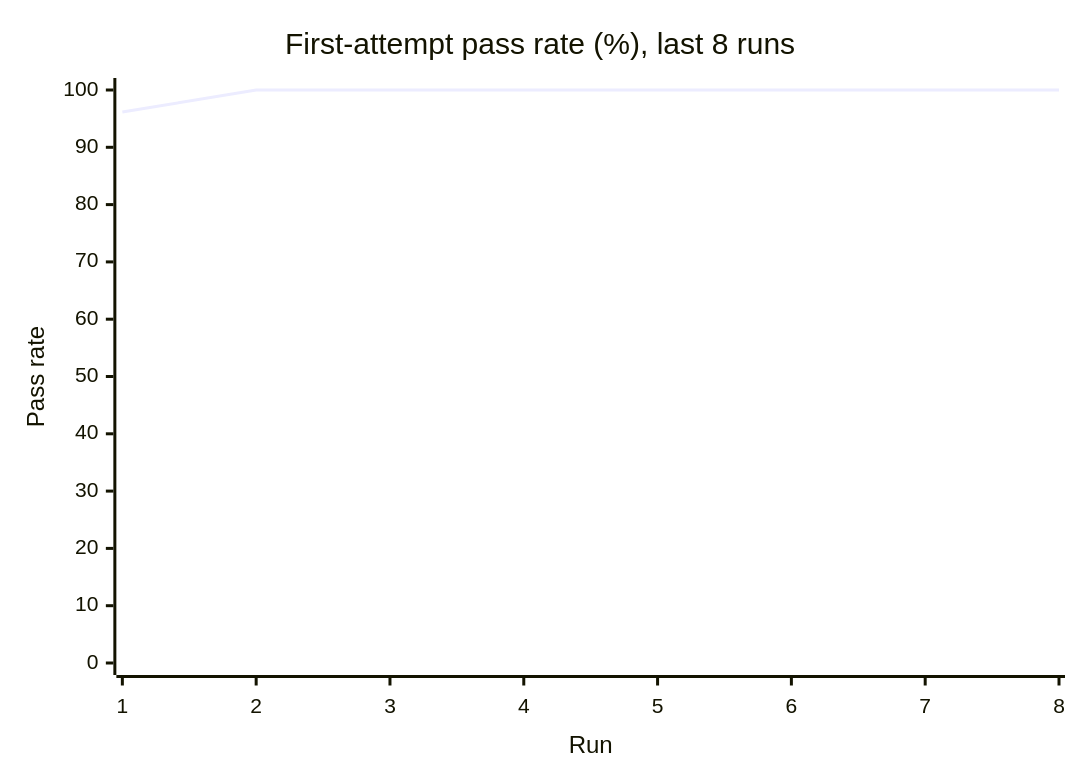
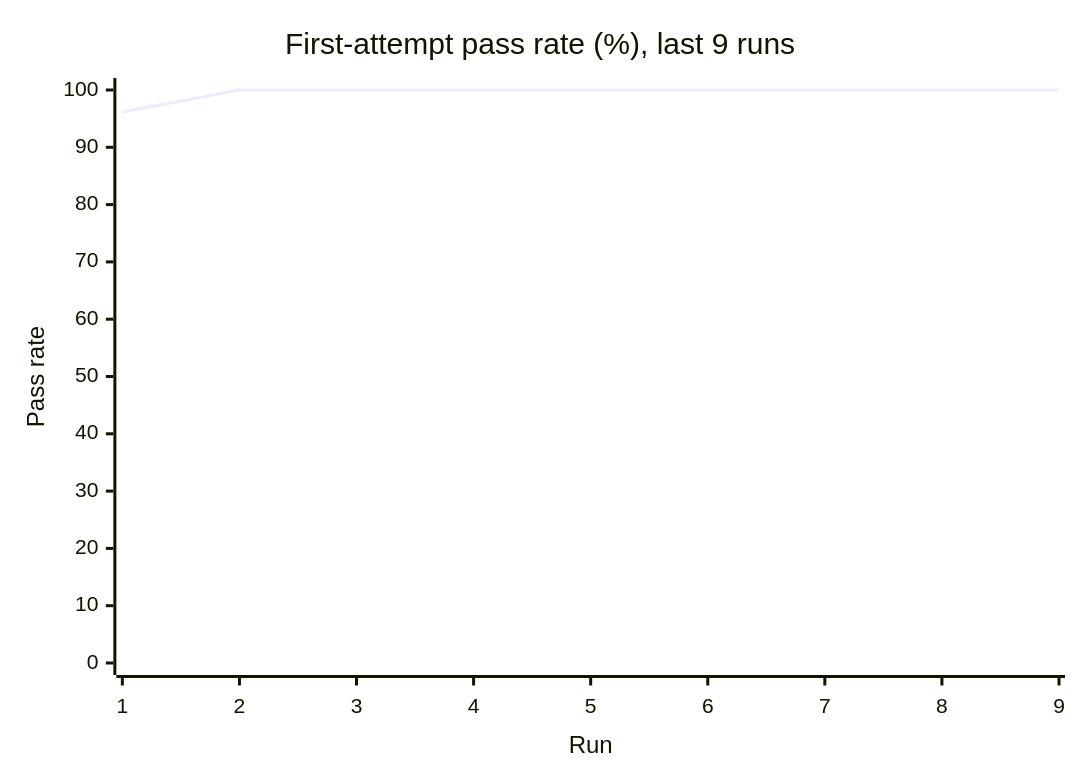
The first of 3 diagrams in reports/summary.md (Shirojoufu/Flaky-Tests), drawn with Mermaid before and after one commit. The commit also changed other lines of this file and 6 other files, not shown here.

````diff
--- a/reports/summary.md
+++ b/reports/summary.md
@@ -17,7 +17,7 @@
 ```mermaid
 xychart-beta
-    title "First-attempt pass rate (%), last 8 runs"
-    x-axis "Run" [1, 2, 3, 4, 5, 6, 7, 8]
+    title "First-attempt pass rate (%), last 9 runs"
+    x-axis "Run" [1, 2, 3, 4, 5, 6, 7, 8, 9]
     y-axis "Pass rate" 0 --> 100
-    line [96.15, 100.0, 100.0, 100.0, 100.0, 100.0, 100.0, 100.0]
+    line [96.15, 100.0, 100.0, 100.0, 100.0, 100.0, 100.0, 100.0, 100.0]
 ```
````
